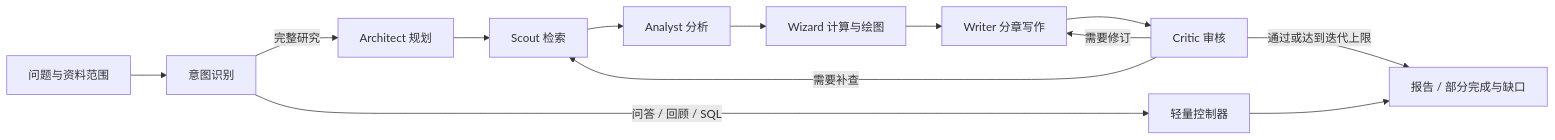
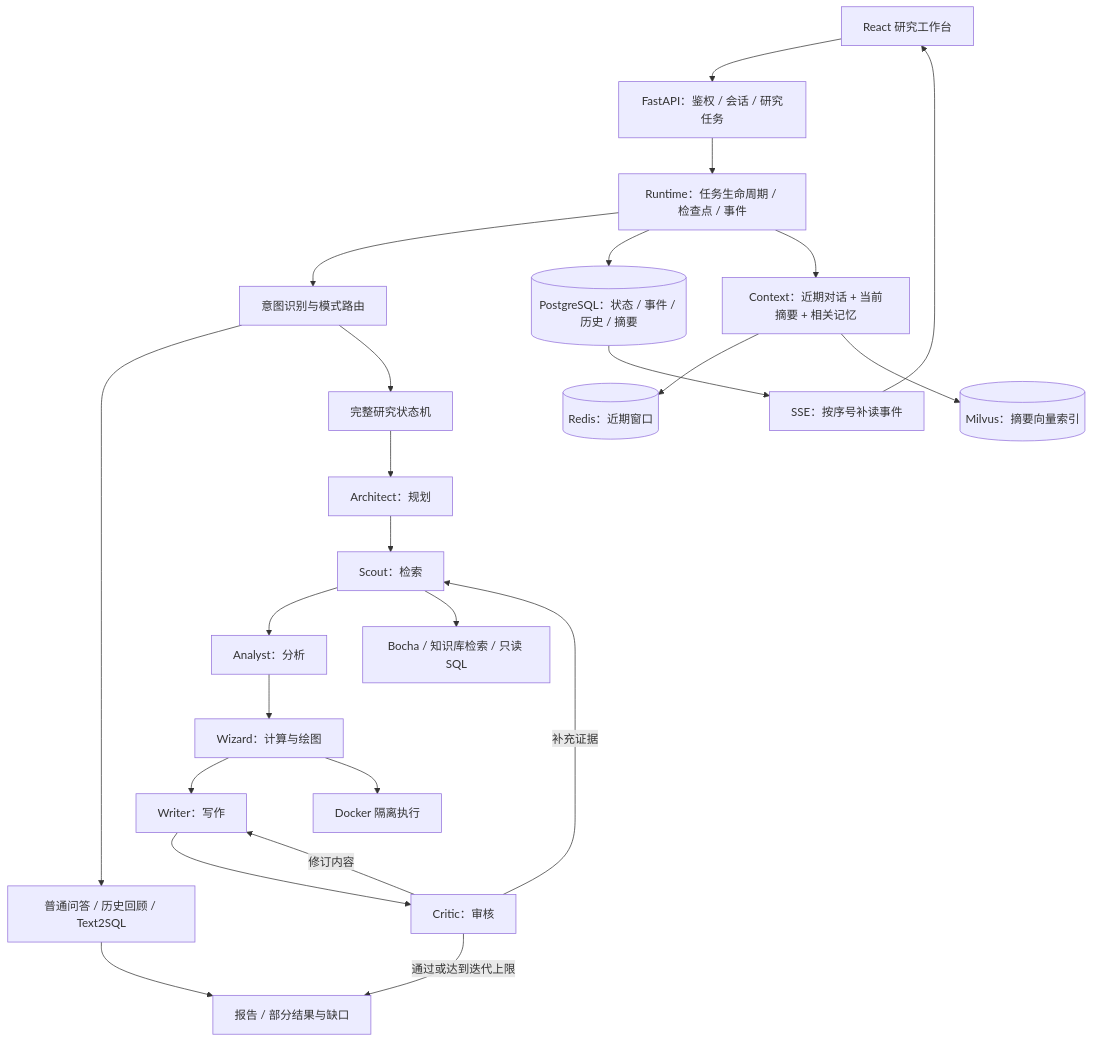
The diagram in README.md (zxl091/deep-research), drawn with Mermaid before and after one commit. The commit also changed other lines of this file, not shown here.

Commit message:
docs: present architecture, engineering decisions and validation for technical review

````diff
--- a/README.md
+++ b/README.md
@@ -62,15 +28,26 @@
 ```mermaid
-flowchart LR
-    Q[问题与资料范围] --> I[意图识别]
-    I -->|完整研究| P[Architect 规划]
-    I -->|问答 / 回顾 / SQL| L[轻量控制器]
-    P --> S[Scout 检索]
-    S --> A[Analyst 分析]
-    A --> V[Wizard 计算与绘图]
-    V --> W[Writer 分章写作]
-    W --> C[Critic 审核]
-    C -->|需要补查| S
-    C -->|需要修订| W
-    C -->|通过或达到迭代上限| R[报告 / 部分完成与缺口]
-    L --> R
+flowchart TB
+    UI[React 研究工作台] --> API[FastAPI：鉴权 / 会话 / 研究任务]
+    API --> RT[Runtime：任务生命周期 / 检查点 / 事件]
+    RT --> INTENT[意图识别与模式路由]
+    INTENT --> LIGHT[普通问答 / 历史回顾 / Text2SQL]
+    INTENT --> FULL[完整研究状态机]
+    FULL --> PLAN[Architect：规划]
+    PLAN --> SEARCH[Scout：检索]
+    SEARCH --> ANALYZE[Analyst：分析]
+    ANALYZE --> CHART[Wizard：计算与绘图]
+    CHART --> WRITE[Writer：写作]
+    WRITE --> REVIEW[Critic：审核]
+    REVIEW -->|补充证据| SEARCH
+    REVIEW -->|修订内容| WRITE
+    REVIEW -->|通过或达到迭代上限| RESULT[报告 / 部分结果与缺口]
+    LIGHT --> RESULT
+    RT --> PG[(PostgreSQL：状态 / 事件 / 历史 / 摘要)]
+    PG --> SSE[SSE：按序号补读事件]
+    SSE --> UI
+    RT --> CTX[Context：近期对话 + 当前摘要 + 相关记忆]
+    CTX --> REDIS[(Redis：近期窗口)]
+    CTX --> MV[(Milvus：摘要向量索引)]
+    SEARCH --> TOOLS[Bocha / 知识库检索 / 只读 SQL]
+    CHART --> BOX[Docker 隔离执行]
 ```
````
